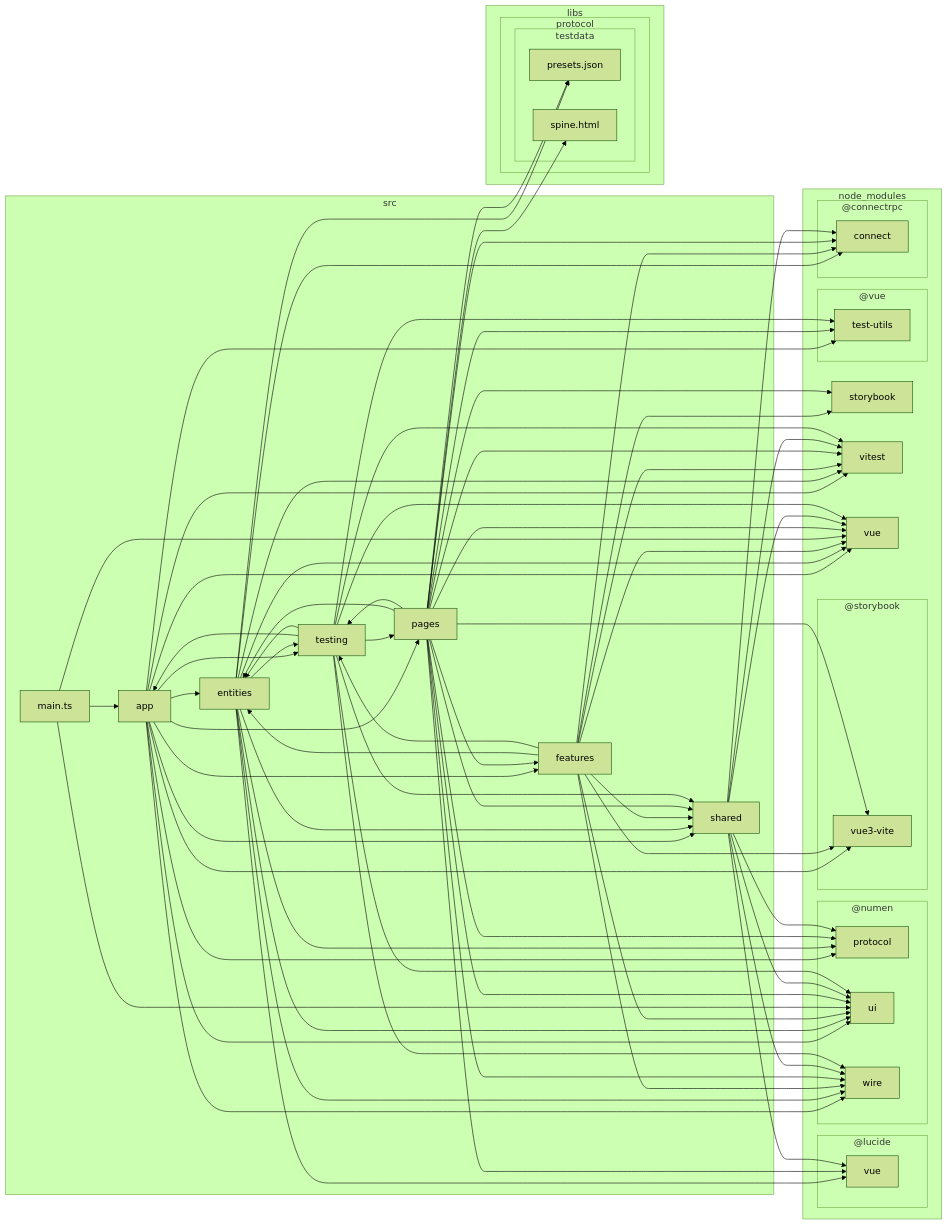
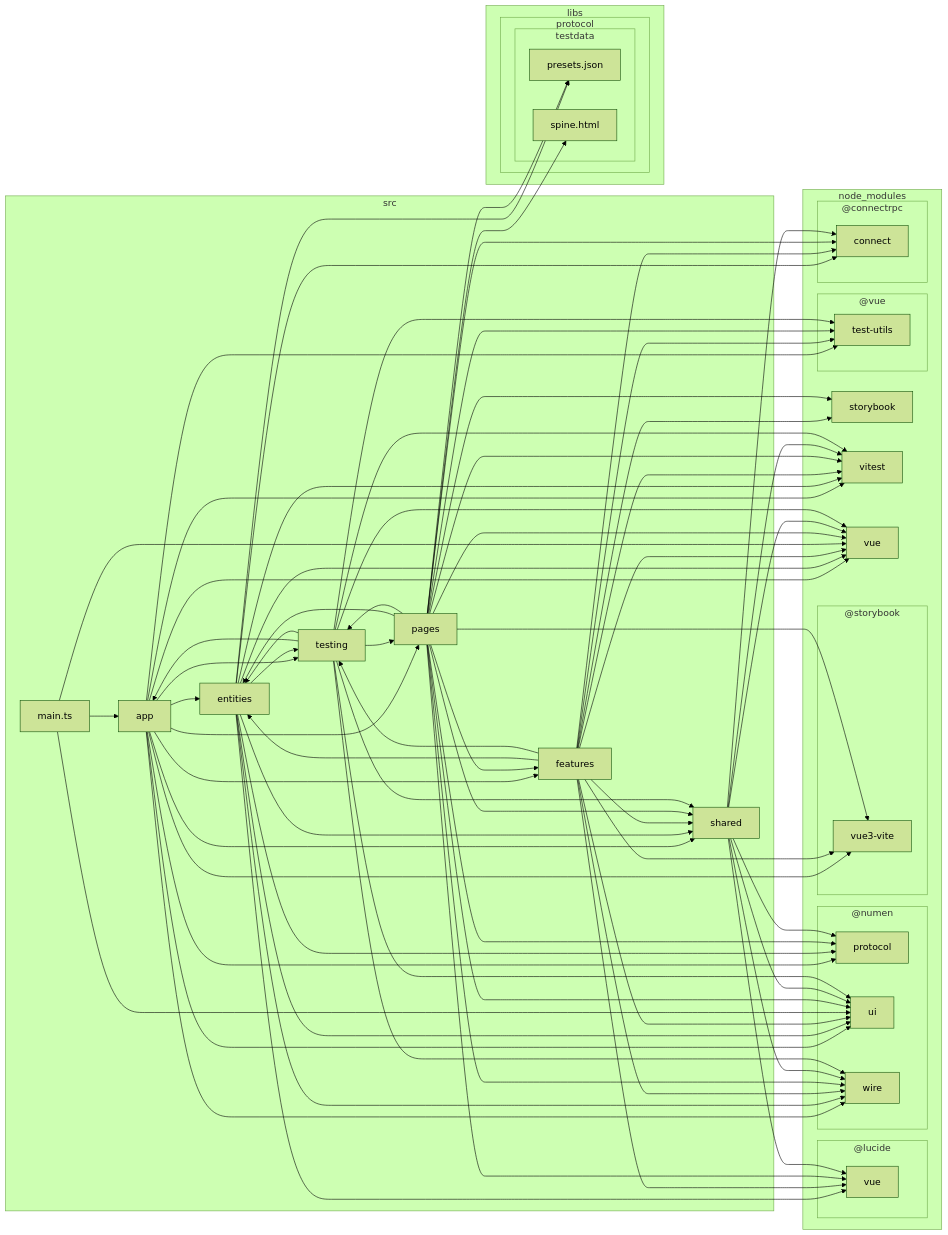
Before and after one commit to jiva-studio/numen: the third of 5 diagrams in docs/dependencies.md, drawn with Mermaid (forest theme). The commit also changed 36 other files, not shown here.

```diff
--- a/docs/dependencies.md
+++ b/docs/dependencies.md
@@ -240,9 +240,11 @@
 Q-->U
 Q-->V
 R-->A
+R-->C
 R-->F
 R-->G
 R-->I
+R-->K
 R-->L
 R-->M
 R-->N
```
